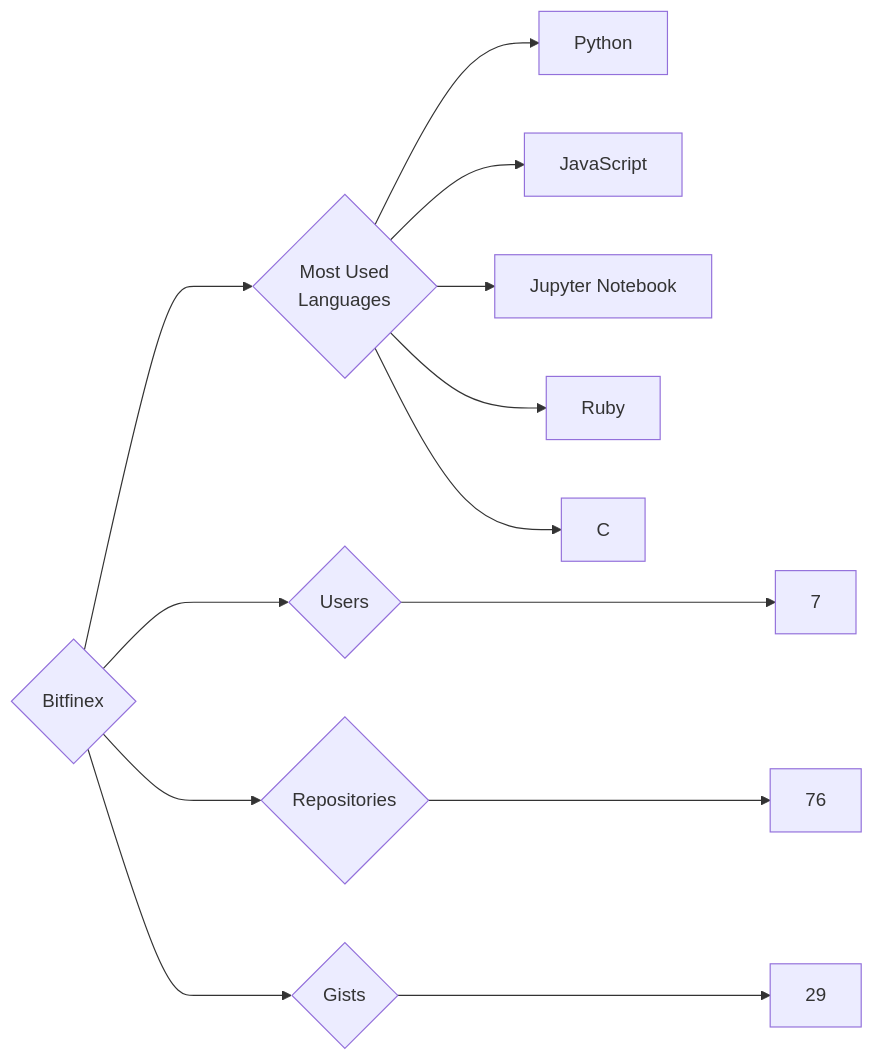
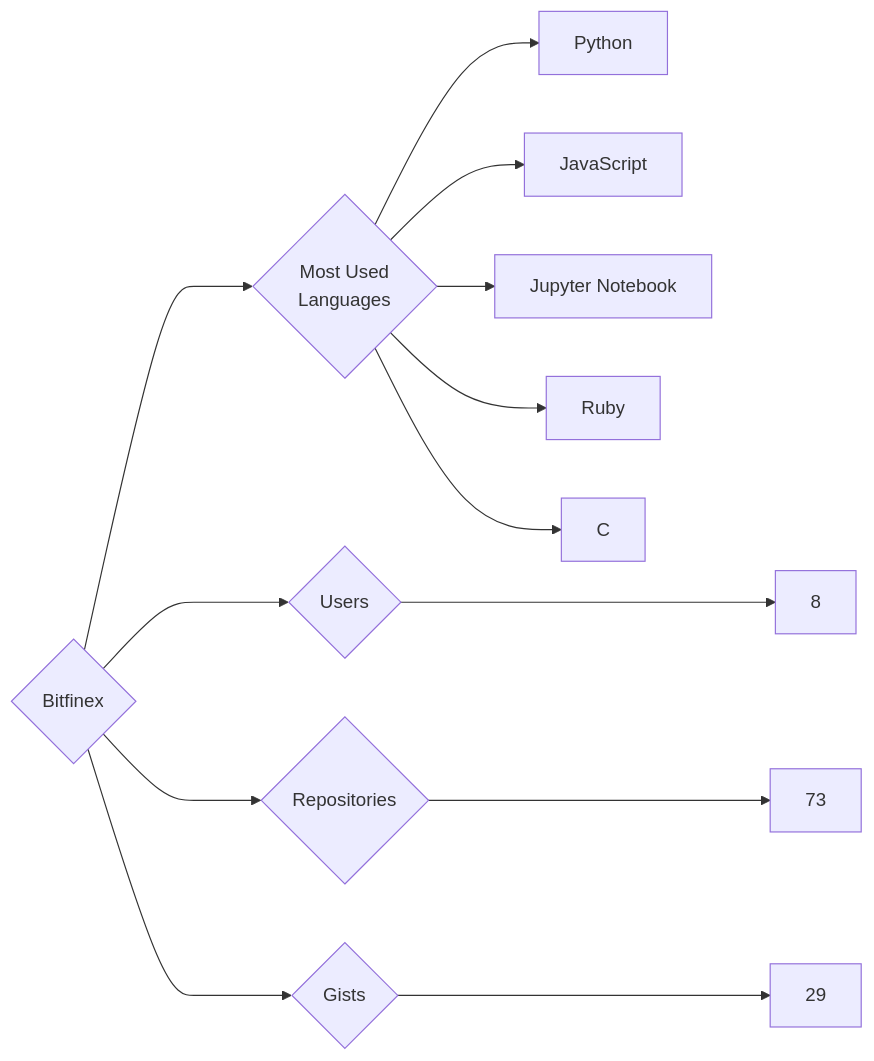
The diagram in targets/Bitfinex/README.md (trickest/insiders), drawn with Mermaid before and after one commit. The commit also changed 938 other files, not shown here.

````diff
--- a/targets/Bitfinex/README.md
+++ b/targets/Bitfinex/README.md
@@ -3,13 +3,13 @@
 ```mermaid
 graph LR
 COMPANY_NAME{Bitfinex}
-COMPANY_NAME ---> U{Users} ---> UN[7]
-COMPANY_NAME ---> R{Repositories} ---> RN[76]
+COMPANY_NAME ---> U{Users} ---> UN[8]
+COMPANY_NAME ---> R{Repositories} ---> RN[73]
 COMPANY_NAME ---> G{Gists} ---> GN[29]
 COMPANY_NAME ---> ML{Most Used<br>Languages}
 ML --> Python[Python]
 ML --> JavaScript[JavaScript]
 ML --> Jupyter_Notebook[Jupyter Notebook]
 ML --> Ruby[Ruby]
 ML --> C[C]
 ```
````
